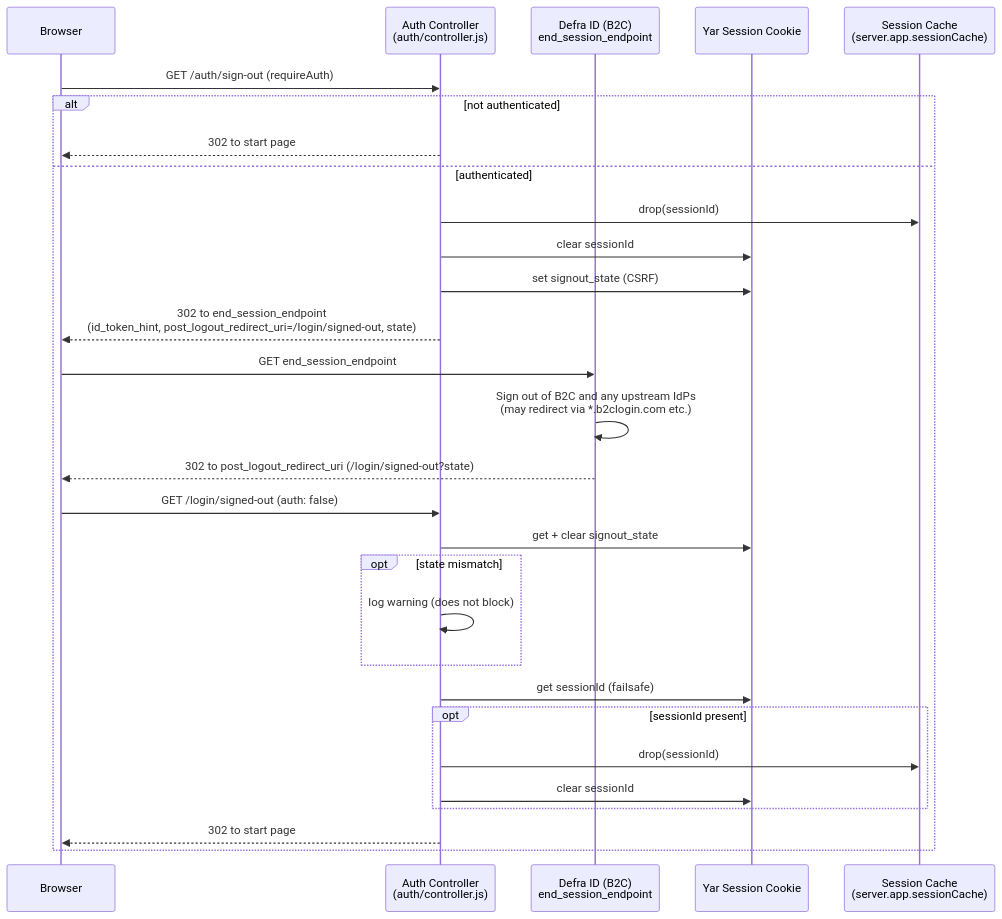
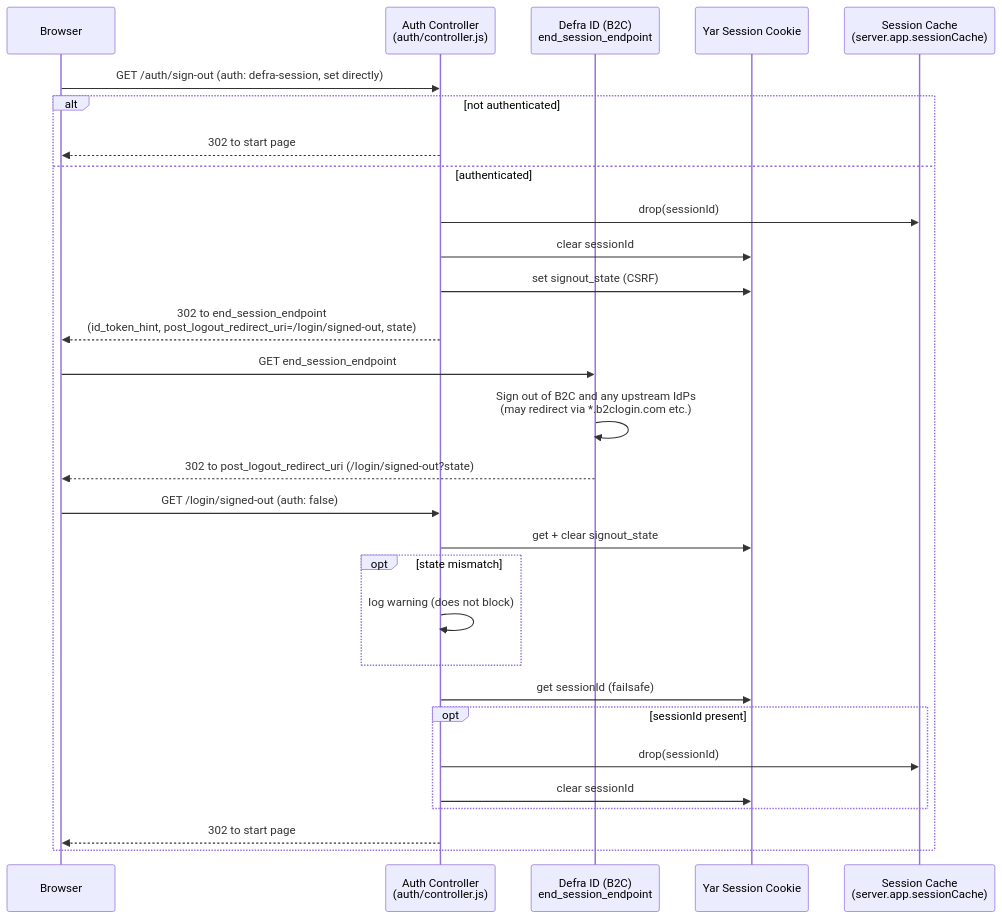
Before and after one commit to DEFRA/nrf-solution: the diagram in docs/features/authentication/defra-id/sign-out-flow.mermaid, drawn with Mermaid. The commit also changed 12 other files, not shown here.

```diff
--- a/docs/features/authentication/defra-id/sign-out-flow.mermaid
+++ b/docs/features/authentication/defra-id/sign-out-flow.mermaid
@@ -1,32 +1,32 @@
 sequenceDiagram
     participant Browser
     participant Ctrl as Auth Controller<br/>(auth/controller.js)
     participant DefraId as Defra ID (B2C)<br/>end_session_endpoint
     participant Yar as Yar Session Cookie
     participant Cache as Session Cache<br/>(server.app.sessionCache)
 
-    %% User clicks the "Sign out" link in the service navigation or on the profile page
-    Browser->>Ctrl: GET /auth/sign-out  (requireAuth)
+    %% User clicks the "Sign out" link in the service navigation
+    Browser->>Ctrl: GET /auth/sign-out  (auth: defra-session, set directly)
     alt not authenticated
         Ctrl-->>Browser: 302 to start page
     else authenticated
         Ctrl->>Cache: drop(sessionId)
         Ctrl->>Yar: clear sessionId
         Ctrl->>Yar: set signout_state (CSRF)
         Ctrl-->>Browser: 302 to end_session_endpoint<br/>(id_token_hint, post_logout_redirect_uri=/login/signed-out, state)
         Browser->>DefraId: GET end_session_endpoint
         DefraId->>DefraId: Sign out of B2C and any upstream IdPs<br/>(may redirect via *.b2clogin.com etc.)
         DefraId-->>Browser: 302 to post_logout_redirect_uri (/login/signed-out?state)
 
         Browser->>Ctrl: GET /login/signed-out  (auth: false)
         Ctrl->>Yar: get + clear signout_state
         opt state mismatch
             Ctrl->>Ctrl: log warning (does not block)
         end
         Ctrl->>Yar: get sessionId (failsafe)
         opt sessionId present
             Ctrl->>Cache: drop(sessionId)
             Ctrl->>Yar: clear sessionId
         end
         Ctrl-->>Browser: 302 to start page
     end
```
